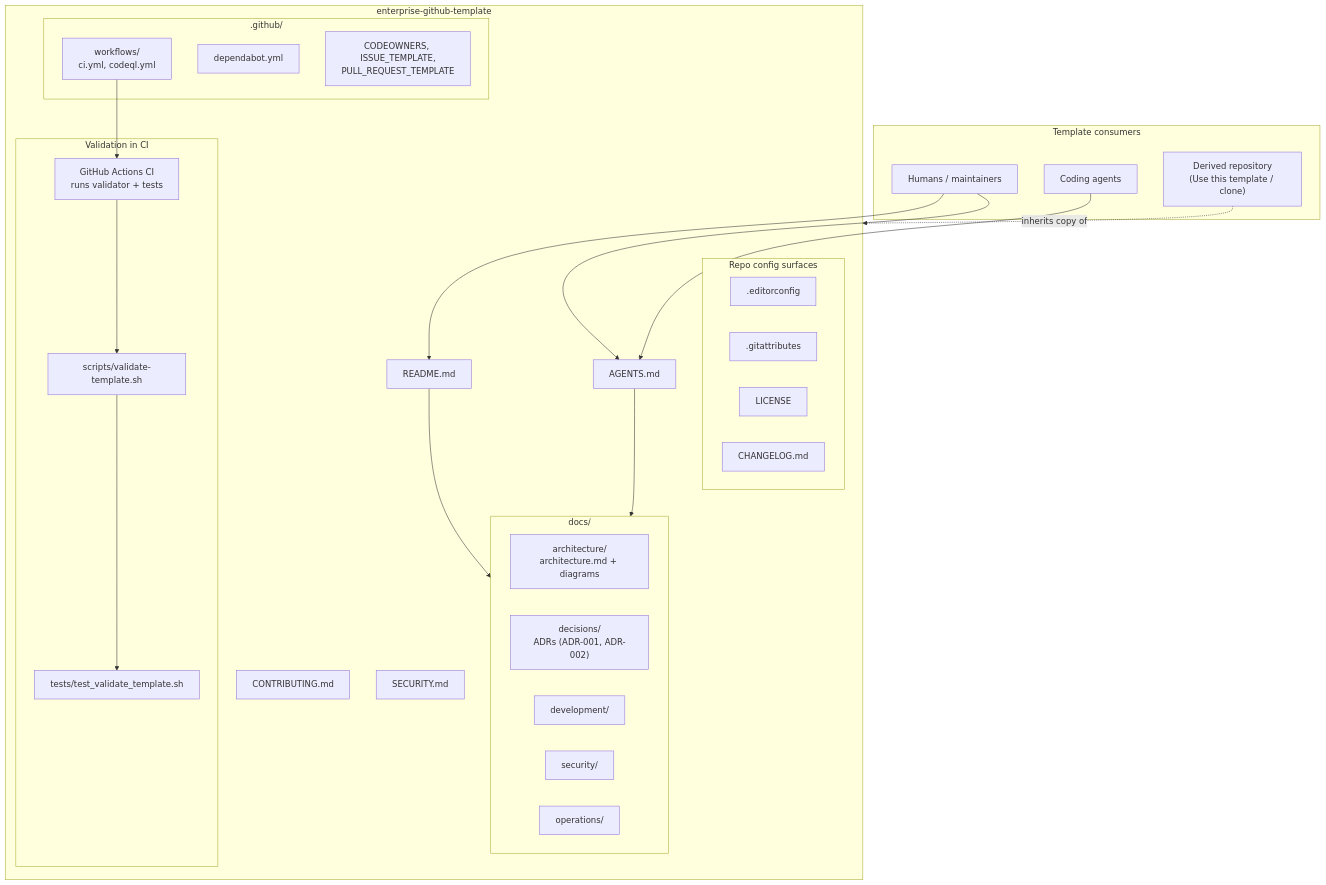
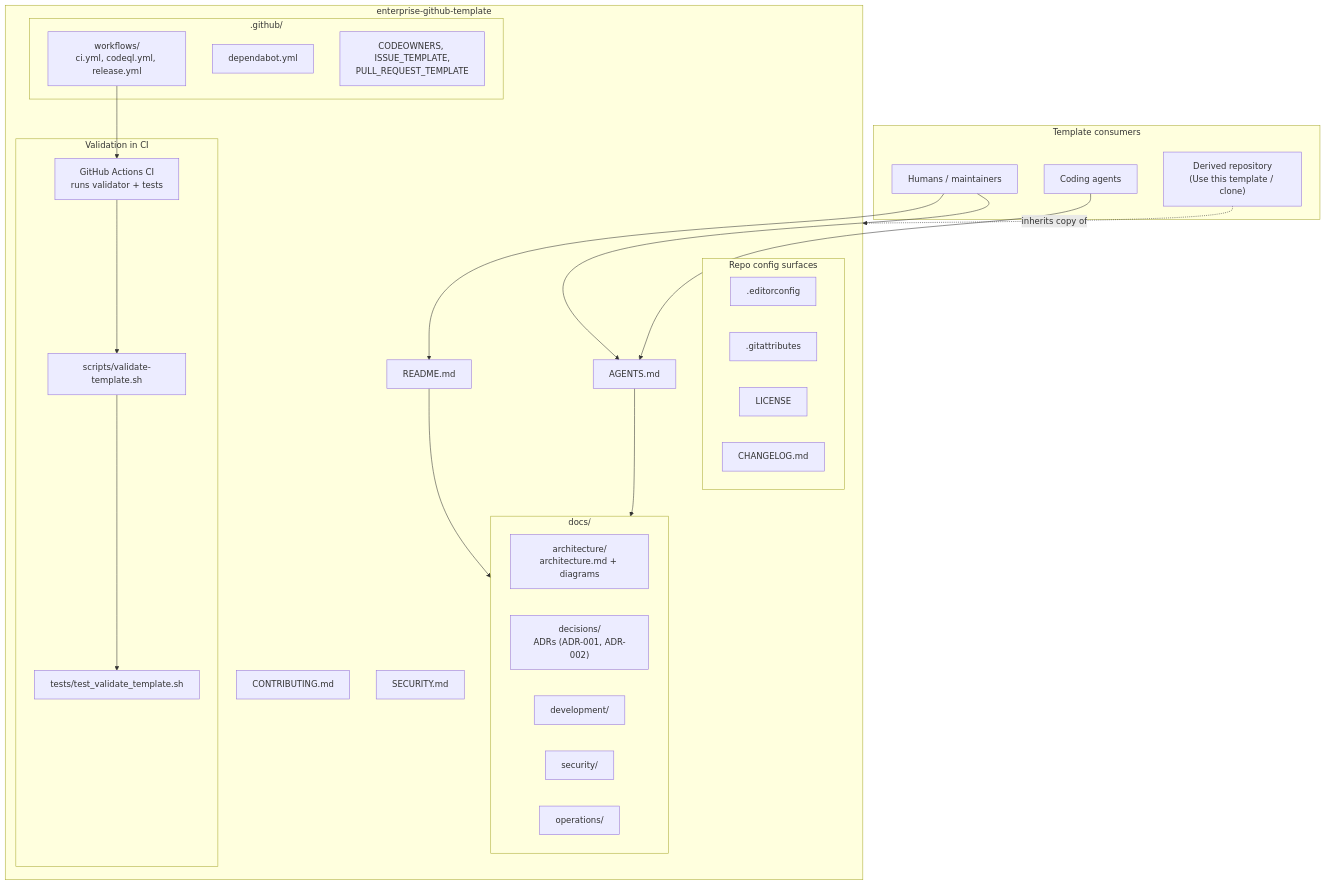
The diagram in docs/architecture/architecture-diagram.md (rmkr-dev/enterprise-github-template), drawn with Mermaid before and after one commit. The commit also changed 4 other files, not shown here.

````diff
--- a/docs/architecture/architecture-diagram.md
+++ b/docs/architecture/architecture-diagram.md
@@ -5,52 +5,52 @@
 ```mermaid
 flowchart TB
   subgraph consumers["Template consumers"]
     Human["Humans / maintainers"]
     Agents["Coding agents"]
     Derived["Derived repository<br/>(Use this template / clone)"]
   end
 
   subgraph template["enterprise-github-template"]
     README["README.md"]
     AGENTS["AGENTS.md"]
     Contrib["CONTRIBUTING.md"]
     SecRoot["SECURITY.md"]
 
     subgraph docs["docs/"]
       Arch["architecture/<br/>architecture.md + diagrams"]
       Dec["decisions/<br/>ADRs (ADR-001, ADR-002)"]
       Dev["development/"]
       Sec["security/"]
       Ops["operations/"]
     end
 
     subgraph github[".github/"]
-      WF["workflows/<br/>ci.yml, codeql.yml"]
+      WF["workflows/<br/>ci.yml, codeql.yml, release.yml"]
       Dep["dependabot.yml"]
       Hygiene["CODEOWNERS, ISSUE_TEMPLATE,<br/>PULL_REQUEST_TEMPLATE"]
     end
 
     subgraph tooling["Validation in CI"]
       Script["scripts/validate-template.sh"]
       Tests["tests/test_validate_template.sh"]
       Actions["GitHub Actions CI<br/>runs validator + tests"]
     end
 
     subgraph config["Repo config surfaces"]
       Editor[".editorconfig"]
       GitAttr[".gitattributes"]
       License["LICENSE"]
       Changelog["CHANGELOG.md"]
     end
   end
 
   Human --> README
   Agents --> AGENTS
   Human --> AGENTS
   README --> docs
   AGENTS --> docs
   WF --> Actions
   Actions --> Script
   Script --> Tests
   Derived -.->|"inherits copy of"| template
 ```
````
